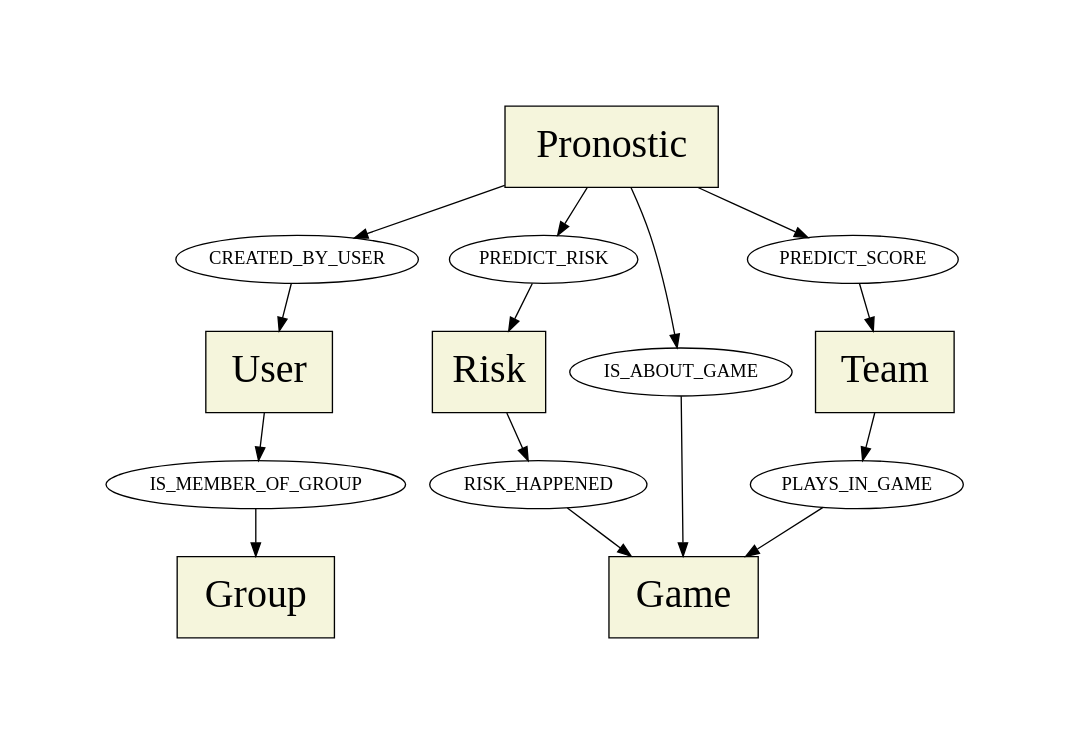
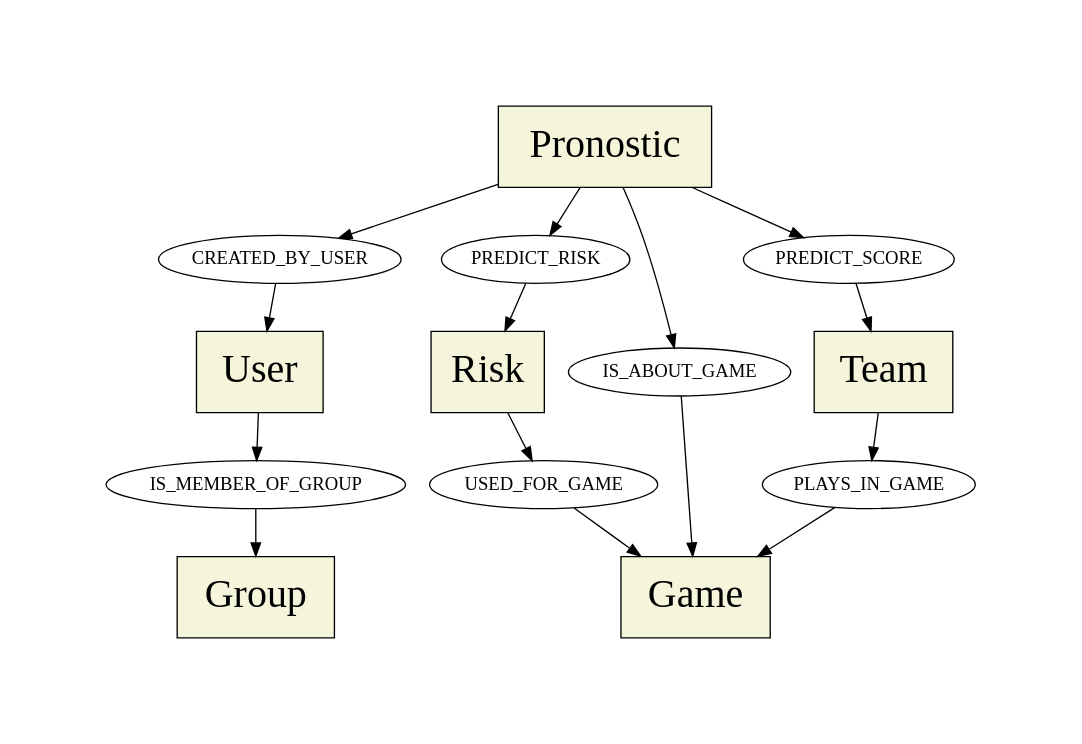
The diagram in huitparfait-design/data/nodes-and-relationships.dot (huitparfait/huitparfait-2016), drawn with Graphviz before and after one commit. The commit also changed 4 other files, not shown here.

```diff
--- a/huitparfait-design/data/nodes-and-relationships.dot
+++ b/huitparfait-design/data/nodes-and-relationships.dot
@@ -1,26 +1,25 @@
 digraph G {
     graph [pad="1,1"];
     {
         User [shape=rect, fillcolor=beige style=filled, margin="0.2,0.2", fontsize="30", fontname=sansserif]
         Group [shape=rect, fillcolor=beige style=filled, margin="0.2,0.2", fontsize="30", fontname=sansserif]
         Pronostic [shape=rect, fillcolor=beige style=filled, margin="0.2,0.2", fontsize="30", fontname=sansserif]
         Risk [shape=rect, fillcolor=beige style=filled, margin="0.2,0.2", fontsize="30", fontname=sansserif]
         Game [shape=rect, fillcolor=beige style=filled, margin="0.2,0.2", fontsize="30", fontname=sansserif]
         Team [shape=rect, fillcolor=beige style=filled, margin="0.2,0.2", fontsize="30", fontname=sansserif]
-        Group [shape=rect, fillcolor=beige style=filled, margin="0.2,0.2", fontsize="30", fontname=sansserif]
         IS_MEMBER_OF_GROUP [shape=ellipse, fontname=sansserif]
         CREATED_BY_USER [shape=ellipse, fontname=sansserif]
         PREDICT_RISK [shape=ellipse, fontname=sansserif]
-        RISK_HAPPENED [shape=ellipse, fontname=sansserif]
+        USED_FOR_GAME [shape=ellipse, fontname=sansserif]
         IS_ABOUT_GAME [shape=ellipse, fontname=sansserif]
         PREDICT_SCORE [shape=ellipse, fontname=sansserif]
         PLAYS_IN_GAME [shape=ellipse, fontname=sansserif]
     }
     User -> IS_MEMBER_OF_GROUP -> Group;
     Pronostic -> CREATED_BY_USER -> User;
     Pronostic -> PREDICT_RISK -> Risk;
     Pronostic -> IS_ABOUT_GAME -> Game;
     Pronostic -> PREDICT_SCORE -> Team;
-    Risk -> RISK_HAPPENED -> Game;
+    Risk -> USED_FOR_GAME -> Game;
     Team -> PLAYS_IN_GAME -> Game;
 }
```
